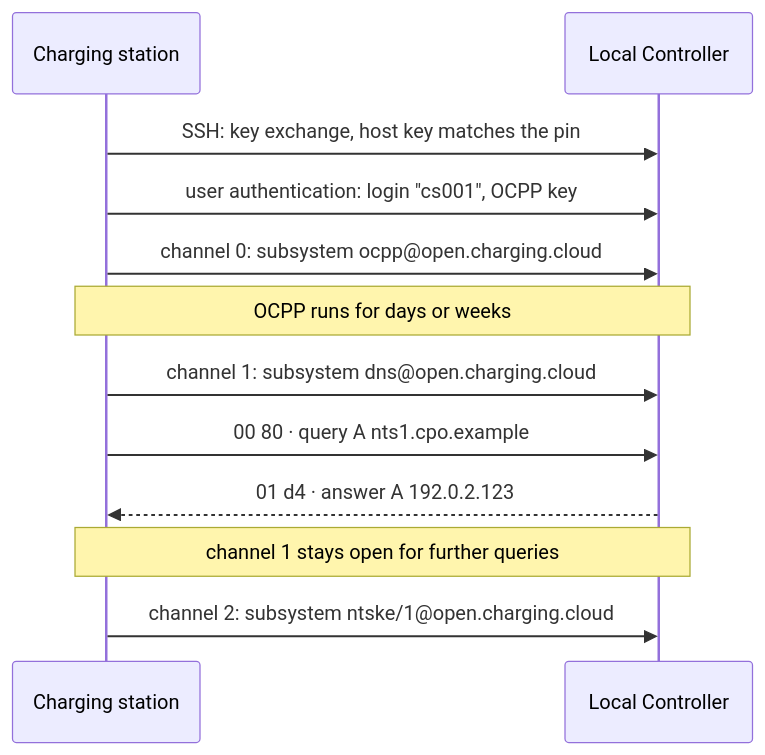
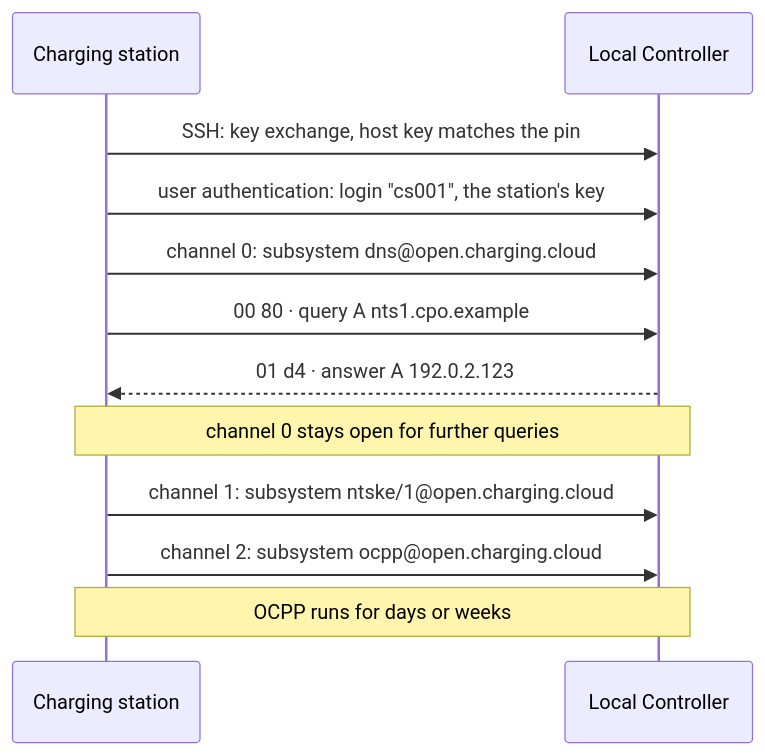
One commit to OpenChargingTechnology/Whitepapers changed the diagram in DNS-over-SSH/README.md. Above: the diagram before and after it, drawn with Mermaid. The commit also changed other lines of this file and 2 other files, not shown here.

````diff
--- a/DNS-over-SSH/README.md
+++ b/DNS-over-SSH/README.md
@@ -486,14 +490,14 @@
 ```mermaid
 sequenceDiagram
     participant CS as Charging station
     participant LC as Local Controller
     CS->>LC: SSH: key exchange, host key matches the pin
-    CS->>LC: user authentication: login "cs001", OCPP key
-    CS->>LC: channel 0: subsystem ocpp@open.charging.cloud
-    Note over CS,LC: OCPP runs for days or weeks
-    CS->>LC: channel 1: subsystem dns@open.charging.cloud
+    CS->>LC: user authentication: login "cs001", the station's key
+    CS->>LC: channel 0: subsystem dns@open.charging.cloud
     CS->>LC: 00 80 · query A nts1.cpo.example
     LC-->>CS: 01 d4 · answer A 192.0.2.123
-    Note over CS,LC: channel 1 stays open for further queries
-    CS->>LC: channel 2: subsystem ntske/1@open.charging.cloud
+    Note over CS,LC: channel 0 stays open for further queries
+    CS->>LC: channel 1: subsystem ntske/1@open.charging.cloud
+    CS->>LC: channel 2: subsystem ocpp@open.charging.cloud
+    Note over CS,LC: OCPP runs for days or weeks
 ```
````
